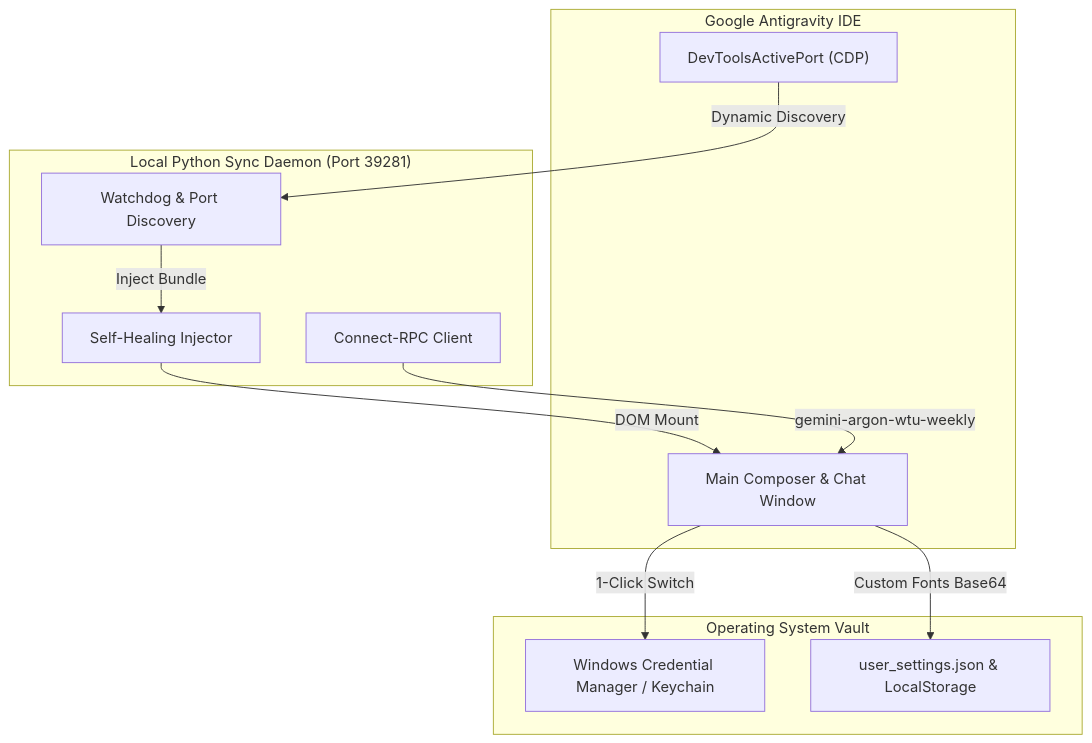
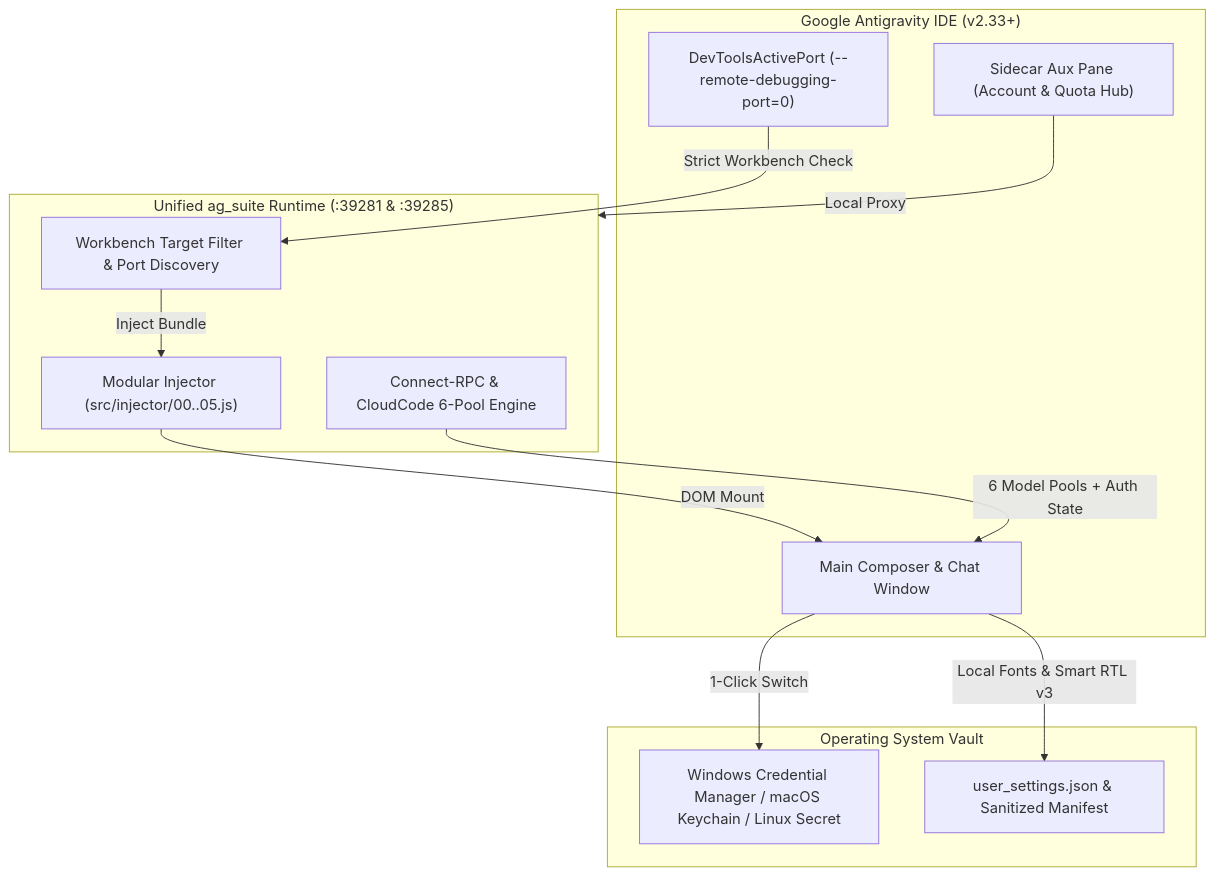
One commit to mad-helpers/antigravity-account-switcher changed the diagram in README.md. Above: the diagram before and after it, drawn with Mermaid. The commit also changed other lines of this file and 60 other files, not shown here.

Commit message:
feat(v3.0.0): reconstruct unified ag_suite core, modular injector, hardened runtime, native sidecar plugin & universal installers

````diff
--- a/README.md
+++ b/README.md
@@ -214,25 +221,27 @@
 ```mermaid
 flowchart TD
-    subgraph Antigravity ["Google Antigravity IDE"]
+    subgraph Antigravity ["Google Antigravity IDE (v2.33+)"]
         IDE["Main Composer & Chat Window"]
-        Port["DevToolsActivePort (CDP)"]
+        Sidecar["Sidecar Aux Pane (Account & Quota Hub)"]
+        Port["DevToolsActivePort (--remote-debugging-port=0)"]
     end
 
-    subgraph Daemon ["Local Python Sync Daemon (Port 39281)"]
-        Watchdog["Watchdog & Port Discovery"]
-        Injector["Self-Healing Injector"]
-        RPC["Connect-RPC Client"]
+    subgraph Daemon ["Unified ag_suite Runtime (:39281 & :39285)"]
+        Watchdog["Workbench Target Filter & Port Discovery"]
+        Injector["Modular Injector (src/injector/00..05.js)"]
+        RPC["Connect-RPC & CloudCode 6-Pool Engine"]
     end
 
     subgraph OS ["Operating System Vault"]
-        Vault["Windows Credential Manager / Keychain"]
-        Settings["user_settings.json & LocalStorage"]
+        Vault["Windows Credential Manager / macOS Keychain / Linux Secret"]
+        Settings["user_settings.json & Sanitized Manifest"]
     end
 
-    Port -->|Dynamic Discovery| Watchdog
+    Port -->|Strict Workbench Check| Watchdog
     Watchdog -->|Inject Bundle| Injector
     Injector -->|DOM Mount| IDE
-    RPC -->|gemini-argon-wtu-weekly| IDE
+    Sidecar -->|Local Proxy| Daemon
+    RPC -->|6 Model Pools + Auth State| IDE
     IDE -->|1-Click Switch| Vault
-    IDE -->|Custom Fonts Base64| Settings
+    IDE -->|Local Fonts & Smart RTL v3| Settings
 ```
````
